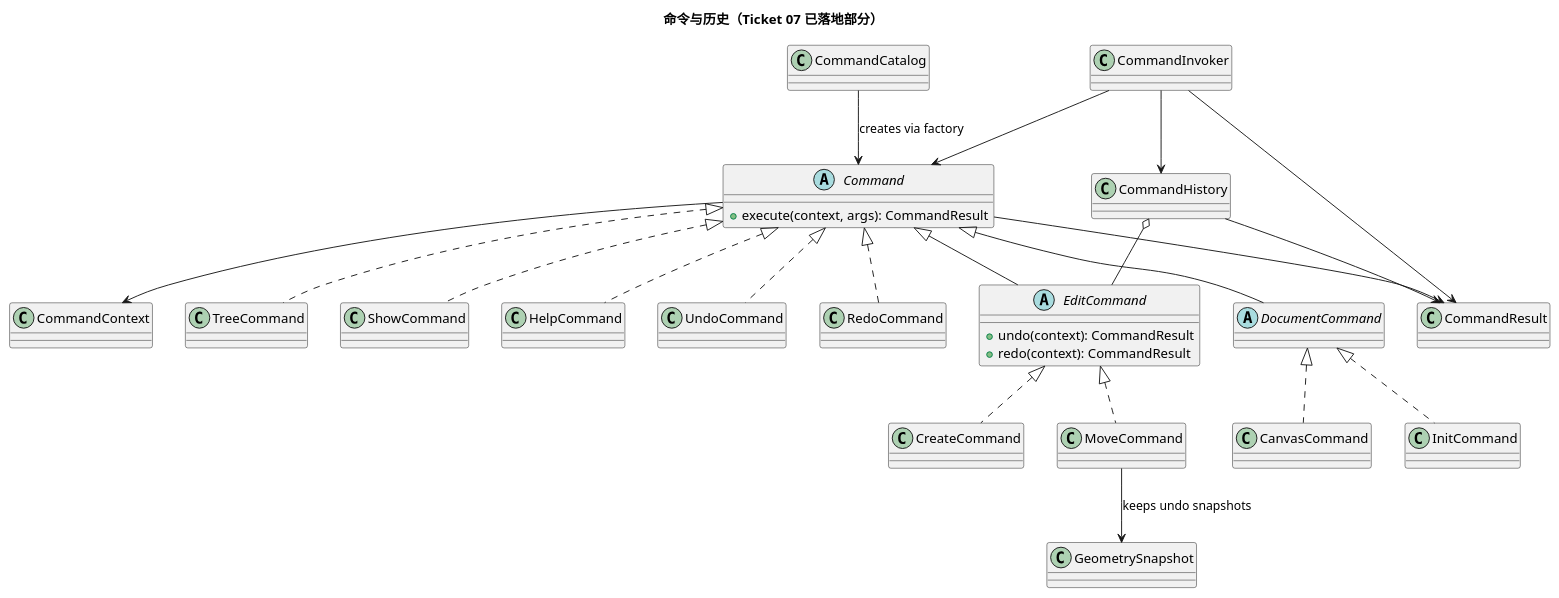
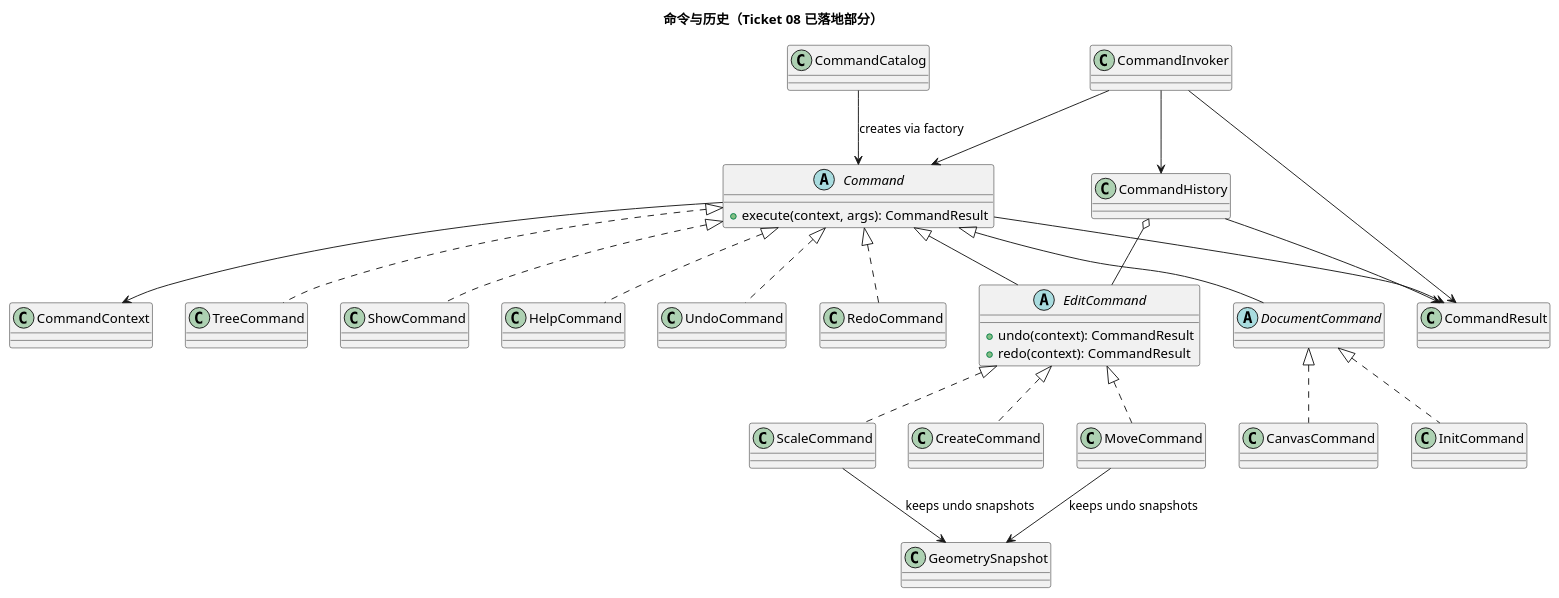
The second of 2 diagrams in doc/class-model.puml (NQC233/svg-editor-lab1), drawn with PlantUML before and after one commit. The commit also changed other lines of this file and 6 other files, not shown here.

```diff
--- a/doc/class-model.puml
+++ b/doc/class-model.puml
@@ -74,52 +76,55 @@
 @startuml
-title 命令与历史（Ticket 07 已落地部分）
+title 命令与历史（Ticket 08 已落地部分）
 
 abstract class Command {
   +execute(context, args): CommandResult
 }
 
 abstract class DocumentCommand
 
 abstract class EditCommand {
   +undo(context): CommandResult
   +redo(context): CommandResult
 }
 
 class CommandResult
 class CommandCatalog
 class CommandInvoker
 class CommandHistory
 class CommandContext
 
 class CreateCommand
 class MoveCommand
+class ScaleCommand
 class CanvasCommand
 class InitCommand
 class TreeCommand
 class ShowCommand
 class HelpCommand
 class UndoCommand
 class RedoCommand
 
 Command <|-- EditCommand
 Command <|-- DocumentCommand
 EditCommand <|.. CreateCommand
 EditCommand <|.. MoveCommand
+EditCommand <|.. ScaleCommand
 DocumentCommand <|.. CanvasCommand
 DocumentCommand <|.. InitCommand
 Command <|.. TreeCommand
 Command <|.. ShowCommand
 Command <|.. HelpCommand
 Command <|.. UndoCommand
 Command <|.. RedoCommand
 
 CommandInvoker --> CommandHistory
 CommandInvoker --> Command
 CommandInvoker --> CommandResult
 CommandCatalog --> Command : creates via factory
 CommandHistory o-- EditCommand
 CommandHistory --> CommandResult
 Command --> CommandContext
 Command --> CommandResult
 MoveCommand --> GeometrySnapshot : keeps undo snapshots
+ScaleCommand --> GeometrySnapshot : keeps undo snapshots
 @enduml
```
